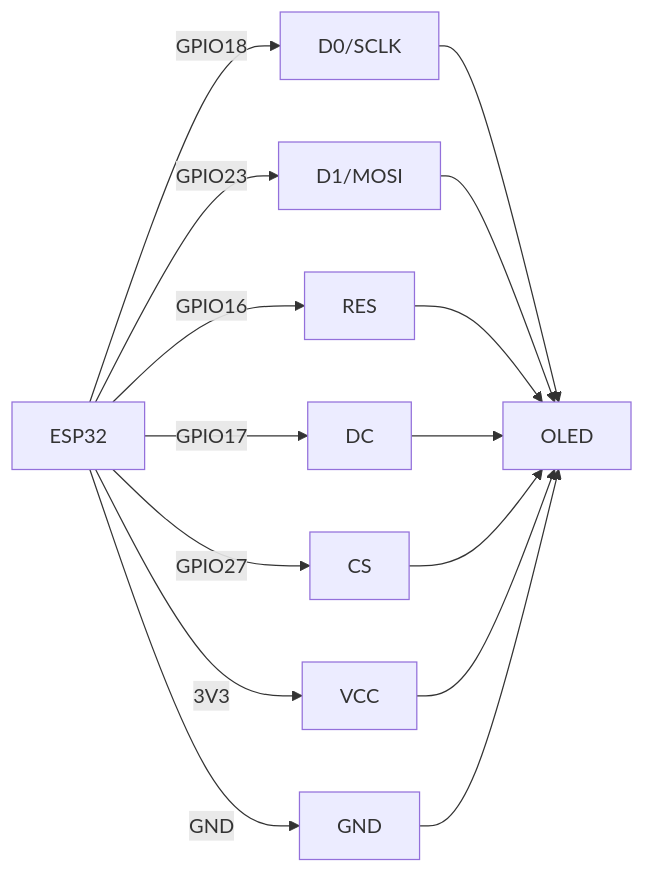
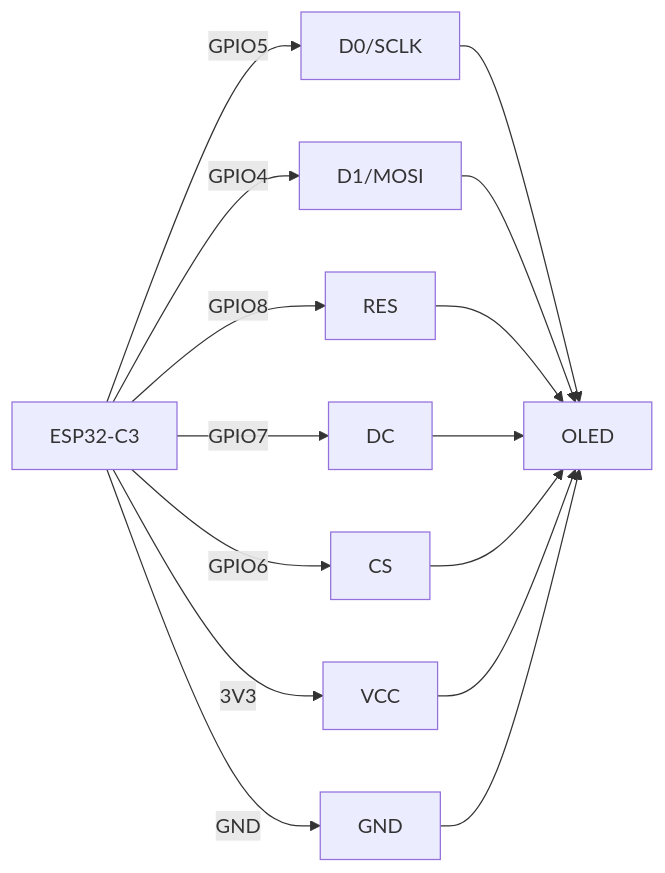
The second of 4 diagrams in CIRCUIT_DIAGRAMS.md (julian-labuschagne/bio-bubbler), drawn with Mermaid before and after one commit. The commit also changed other lines of this file and 4 other files, not shown here.

First line of the commit message:
Update docs for ESP32-C3 Super Mini GPIO pin mapping

````diff
--- a/CIRCUIT_DIAGRAMS.md
+++ b/CIRCUIT_DIAGRAMS.md
@@ -44,21 +44,21 @@
 ```mermaid
 graph LR
-    ESP["ESP32"]
+    ESP["ESP32-C3"]
     OLED["OLED"]
 
-    ESP -->|GPIO18| D0["D0/SCLK"]
-    ESP -->|GPIO23| D1["D1/MOSI"]
-    ESP -->|GPIO16| RES["RES"]
-    ESP -->|GPIO17| DC["DC"]
-    ESP -->|GPIO27| CS["CS"]
+    ESP -->|GPIO5| D0["D0/SCLK"]
+    ESP -->|GPIO4| D1["D1/MOSI"]
+    ESP -->|GPIO8| RES["RES"]
+    ESP -->|GPIO7| DC["DC"]
+    ESP -->|GPIO6| CS["CS"]
     ESP -->|3V3| VCC["VCC"]
     ESP -->|GND| GND["GND"]
 
     D0 --> OLED
     D1 --> OLED
     RES --> OLED
     DC --> OLED
     CS --> OLED
     VCC --> OLED
     GND --> OLED
 ```
````
